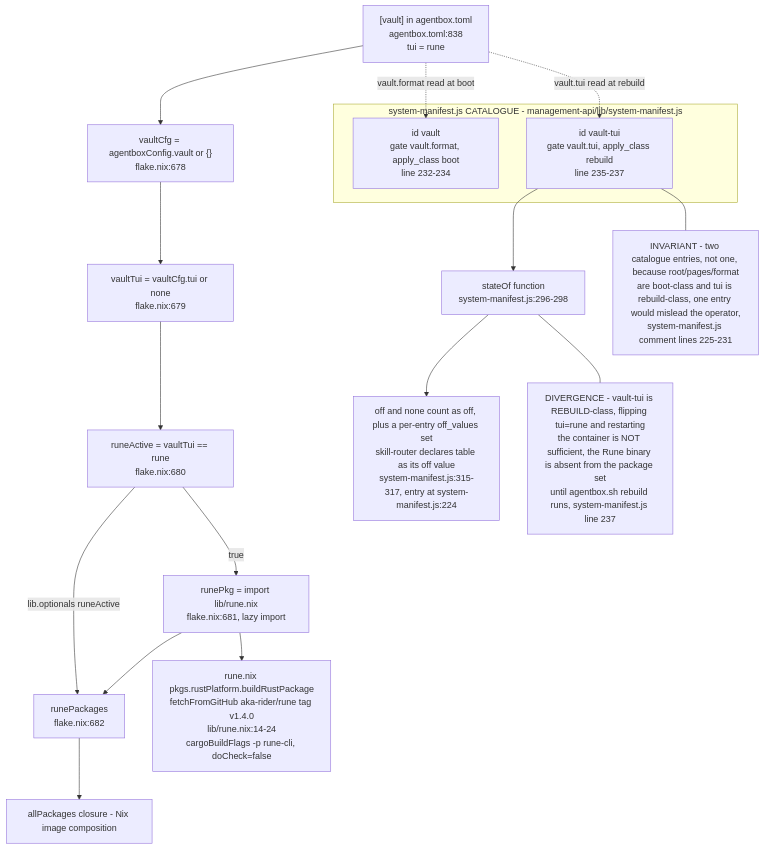
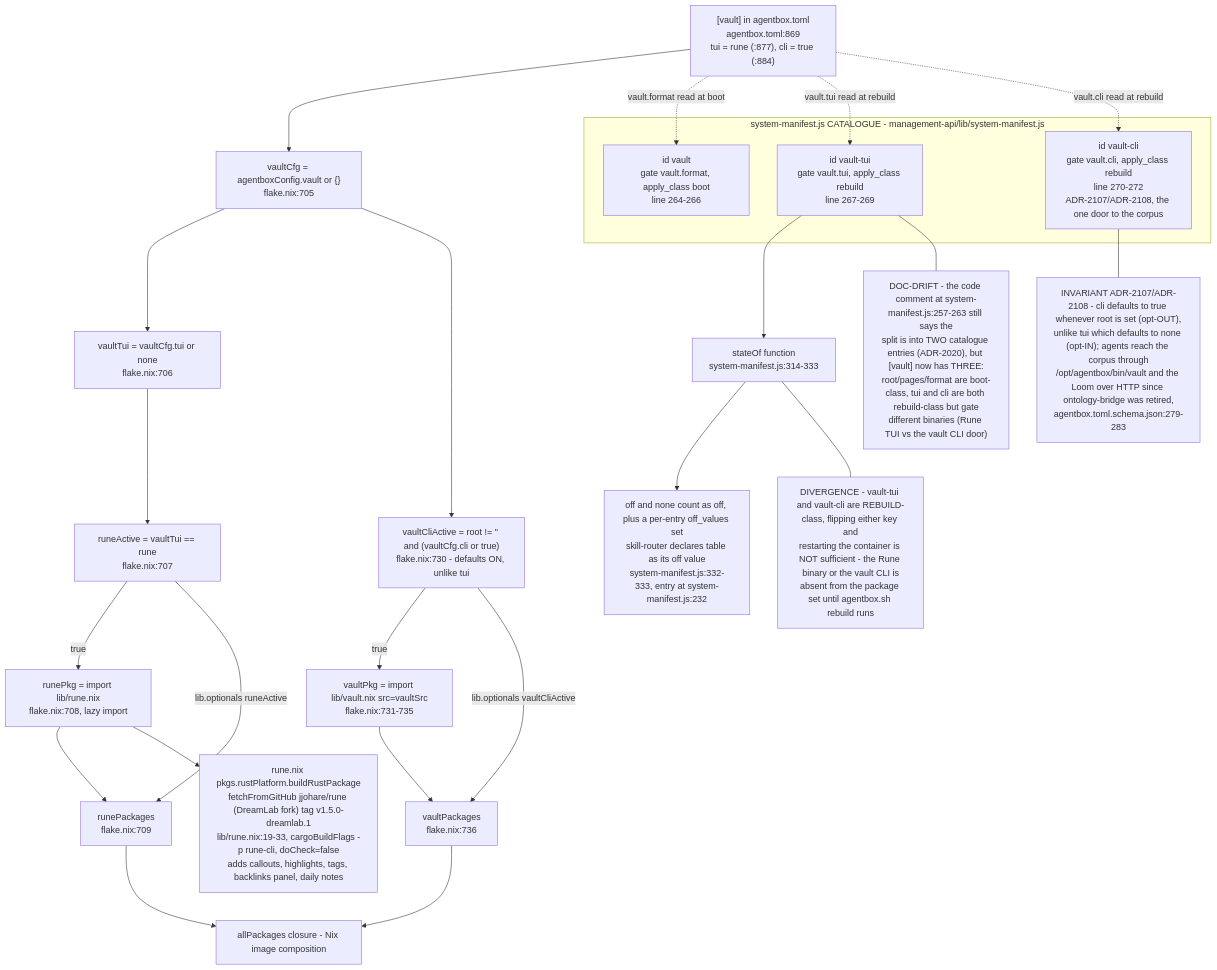
The ninth of 10 diagrams in docs/diagrams/agentbox/01-nix-flake-composition.md (DreamLab-AI/VisionFlow), drawn with Mermaid before and after one commit. The commit also changed other lines of this file and 136 other files, not shown here.

First line of the commit message:
docs(diagrams): refresh the whole corpus to code HEAD and prune low-value diagrams

````diff
--- a/docs/diagrams/agentbox/01-nix-flake-composition.md
+++ b/docs/diagrams/agentbox/01-nix-flake-composition.md
@@ -407,32 +385,44 @@
 ```mermaid
 flowchart TB
-    TOMLVAULT["[vault] in agentbox.toml<br/>agentbox.toml:838<br/>tui = rune"] --> VAULTCFG["vaultCfg = agentboxConfig.vault or {}<br/>flake.nix:678"]
+    TOMLVAULT["[vault] in agentbox.toml<br/>agentbox.toml:869<br/>tui = rune (:877), cli = true (:884)"] --> VAULTCFG["vaultCfg = agentboxConfig.vault or {}<br/>flake.nix:705"]
 
-    VAULTCFG --> TUIVAL["vaultTui = vaultCfg.tui or none<br/>flake.nix:679"]
-    TUIVAL --> RUNEACTIVE["runeActive = vaultTui == rune<br/>flake.nix:680"]
-    RUNEACTIVE -->|"true"| RUNEPKGIMPORT["runePkg = import lib/rune.nix<br/>flake.nix:681, lazy import"]
-    RUNEACTIVE -->|"lib.optionals runeActive"| RUNEPACKAGES["runePackages<br/>flake.nix:682"]
+    VAULTCFG --> TUIVAL["vaultTui = vaultCfg.tui or none<br/>flake.nix:706"]
+    TUIVAL --> RUNEACTIVE["runeActive = vaultTui == rune<br/>flake.nix:707"]
+    RUNEACTIVE -->|"true"| RUNEPKGIMPORT["runePkg = import lib/rune.nix<br/>flake.nix:708, lazy import"]
+    RUNEACTIVE -->|"lib.optionals runeActive"| RUNEPACKAGES["runePackages<br/>flake.nix:709"]
     RUNEPKGIMPORT --> RUNEPACKAGES
+
+    VAULTCFG --> CLIVAL["vaultCliActive = root != '' and (vaultCfg.cli or true)<br/>flake.nix:730 - defaults ON, unlike tui"]
+    CLIVAL -->|"true"| VAULTPKGIMPORT["vaultPkg = import lib/vault.nix src=vaultSrc<br/>flake.nix:731-735"]
+    CLIVAL -->|"lib.optionals vaultCliActive"| VAULTPACKAGES["vaultPackages<br/>flake.nix:736"]
+    VAULTPKGIMPORT --> VAULTPACKAGES
+
     RUNEPACKAGES --> ALLPKG["allPackages closure - Nix image composition"]
+    VAULTPACKAGES --> ALLPKG
 
-    RUNEBUILD["rune.nix pkgs.rustPlatform.buildRustPackage<br/>fetchFromGitHub aka-rider/rune tag v1.4.0<br/>lib/rune.nix:14-24<br/>cargoBuildFlags -p rune-cli, doCheck=false"]
+    RUNEBUILD["rune.nix pkgs.rustPlatform.buildRustPackage<br/>fetchFromGitHub jjohare/rune (DreamLab fork) tag v1.5.0-dreamlab.1<br/>lib/rune.nix:19-33, cargoBuildFlags -p rune-cli, doCheck=false<br/>adds callouts, highlights, tags, backlinks panel, daily notes"]
     RUNEPKGIMPORT --> RUNEBUILD
 
     subgraph MANIFEST["system-manifest.js CATALOGUE - management-api/lib/system-manifest.js"]
-        VAULTENTRY["id vault<br/>gate vault.format, apply_class boot<br/>line 232-234"]
-        VAULTTUIENTRY["id vault-tui<br/>gate vault.tui, apply_class rebuild<br/>line 235-237"]
+        VAULTENTRY["id vault<br/>gate vault.format, apply_class boot<br/>line 264-266"]
+        VAULTTUIENTRY["id vault-tui<br/>gate vault.tui, apply_class rebuild<br/>line 267-269"]
+        VAULTCLIENTRY["id vault-cli<br/>gate vault.cli, apply_class rebuild<br/>line 270-272<br/>ADR-2107/ADR-2108, the one door to the corpus"]
     end
 
     TOMLVAULT -.->|"vault.format read at boot"| VAULTENTRY
     TOMLVAULT -.->|"vault.tui read at rebuild"| VAULTTUIENTRY
+    TOMLVAULT -.->|"vault.cli read at rebuild"| VAULTCLIENTRY
 
-    STATEOF["stateOf function<br/>system-manifest.js:296-298"]
+    STATEOF["stateOf function<br/>system-manifest.js:314-333"]
     VAULTTUIENTRY --> STATEOF
-    STATEOF --> MODESTRING["off and none count as off, plus a per-entry off_values set<br/>skill-router declares table as its off value<br/>system-manifest.js:315-317, entry at system-manifest.js:224"]
+    STATEOF --> MODESTRING["off and none count as off, plus a per-entry off_values set<br/>skill-router declares table as its off value<br/>system-manifest.js:332-333, entry at system-manifest.js:232"]
 
-    NOTE1["INVARIANT - two catalogue entries, not one, because root/pages/format<br/>are boot-class and tui is rebuild-class, one entry would mislead the operator,<br/>system-manifest.js comment lines 225-231"]
+    NOTE1["DOC-DRIFT - the code comment at system-manifest.js:257-263 still says the<br/>split is into TWO catalogue entries (ADR-2020), but [vault] now has THREE:<br/>root/pages/format are boot-class, tui and cli are both rebuild-class but gate<br/>different binaries (Rune TUI vs the vault CLI door)"]
     VAULTTUIENTRY --- NOTE1
 
-    NOTE2["DIVERGENCE - vault-tui is REBUILD-class, flipping tui=rune and restarting<br/>the container is NOT sufficient, the Rune binary is absent from the package set<br/>until agentbox.sh rebuild runs, system-manifest.js line 237"]
+    NOTE2["DIVERGENCE - vault-tui and vault-cli are REBUILD-class, flipping either key and<br/>restarting the container is NOT sufficient - the Rune binary or the vault CLI is<br/>absent from the package set until agentbox.sh rebuild runs"]
     STATEOF --- NOTE2
+
+    NOTE3["INVARIANT ADR-2107/ADR-2108 - cli defaults to true whenever root is set (opt-OUT),<br/>unlike tui which defaults to none (opt-IN); agents reach the corpus through<br/>/opt/agentbox/bin/vault and the Loom over HTTP since ontology-bridge was retired,<br/>agentbox.toml.schema.json:279-283"]
+    VAULTCLIENTRY --- NOTE3
 ```
````
